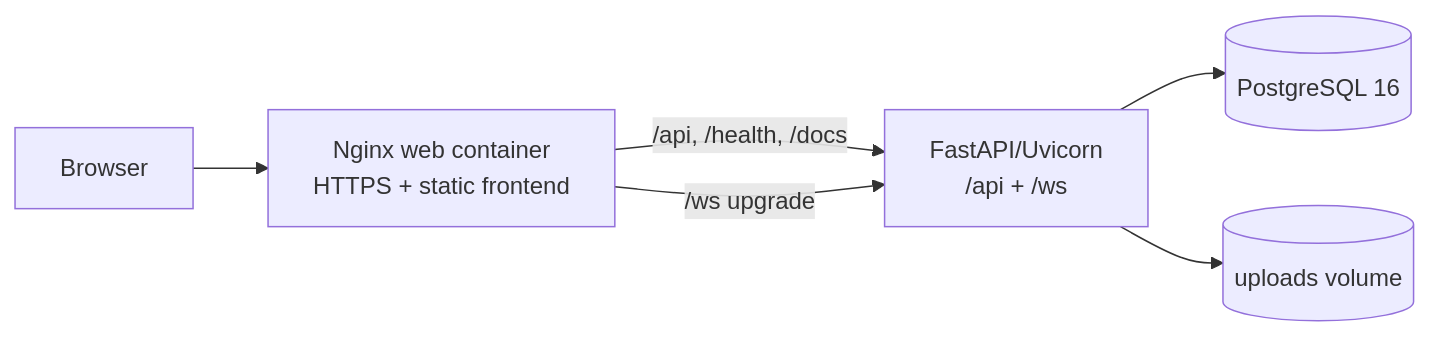
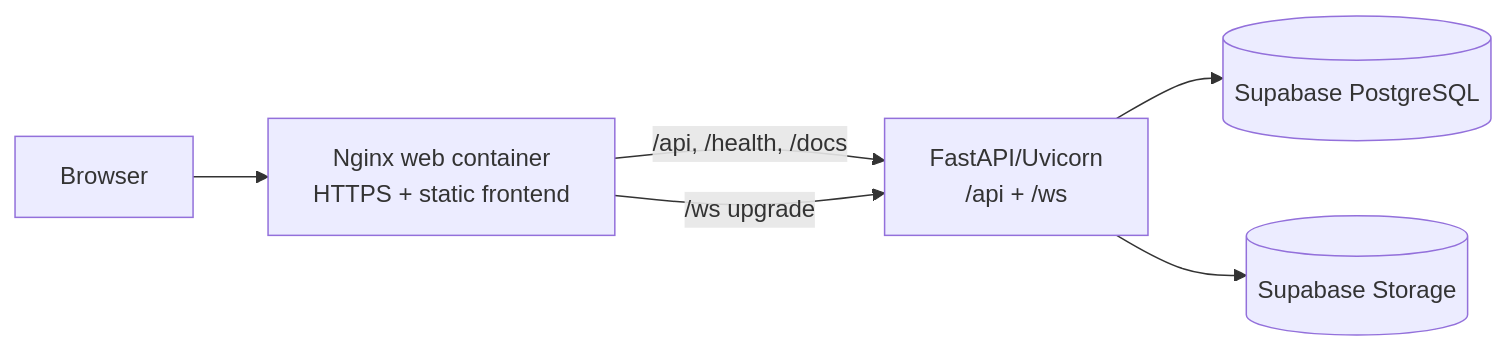
Before and after one commit to Dungx1107/team-chat: the diagram in docs/README.md, drawn with Mermaid. The commit also changed other lines of this file and 14 other files, not shown here.

````diff
--- a/docs/README.md
+++ b/docs/README.md
@@ -11,13 +11,13 @@
 ```mermaid
 flowchart LR
     Browser[Browser]
     Web[Nginx web container\nHTTPS + static frontend]
     API[FastAPI/Uvicorn\n/api + /ws]
-    DB[(PostgreSQL 16)]
-    Files[(uploads volume)]
+    DB[(Supabase PostgreSQL)]
+    Files[(Supabase Storage)]
     Browser --> Web
     Web -->|/api, /health, /docs| API
     Web -->|/ws upgrade| API
     API --> DB
     API --> Files
 ```
````
